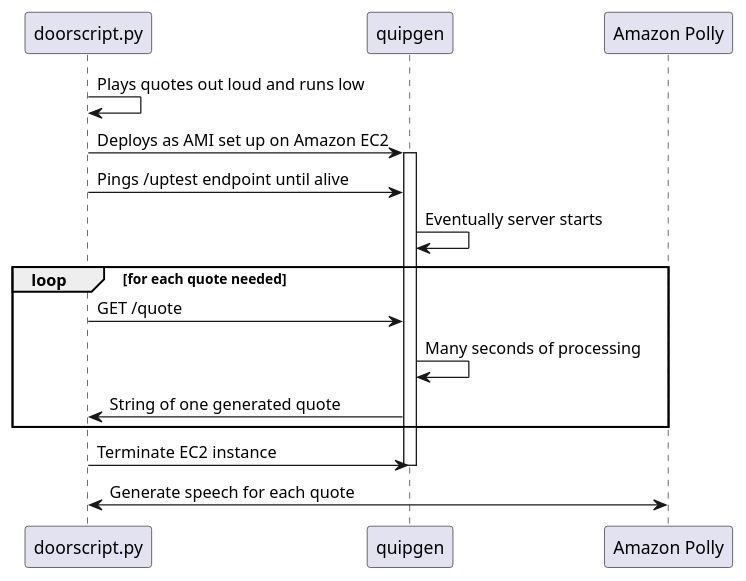
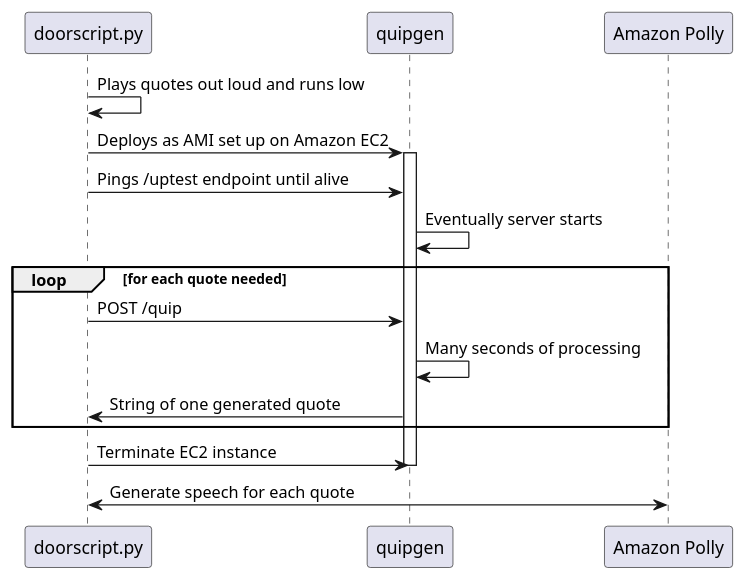
Before and after one commit to fenceFoil/door-personality: the second of 2 diagrams in README.md, drawn with PlantUML. The commit also changed other lines of this file and 4 other files, not shown here.

````diff
--- a/README.md
+++ b/README.md
@@ -41,19 +41,19 @@
 ```plantuml
 participant "doorscript.py" as pi
 participant quipgen
 pi -> pi: Plays quotes out loud and runs low
 pi -> quipgen: Deploys as AMI set up on Amazon EC2
 activate quipgen
 pi -> quipgen: Pings /uptest endpoint until alive
 quipgen -> quipgen: Eventually server starts
 loop for each quote needed
-    pi -> quipgen: GET /quote
+    pi -> quipgen: POST /quip
     quipgen->quipgen: Many seconds of processing
     quipgen -> pi: String of one generated quote
 end
 pi -> quipgen: Terminate EC2 instance
 deactivate quipgen
 
 participant "Amazon Polly" as polly
 pi <-> polly: Generate speech for each quote
 ```
````
